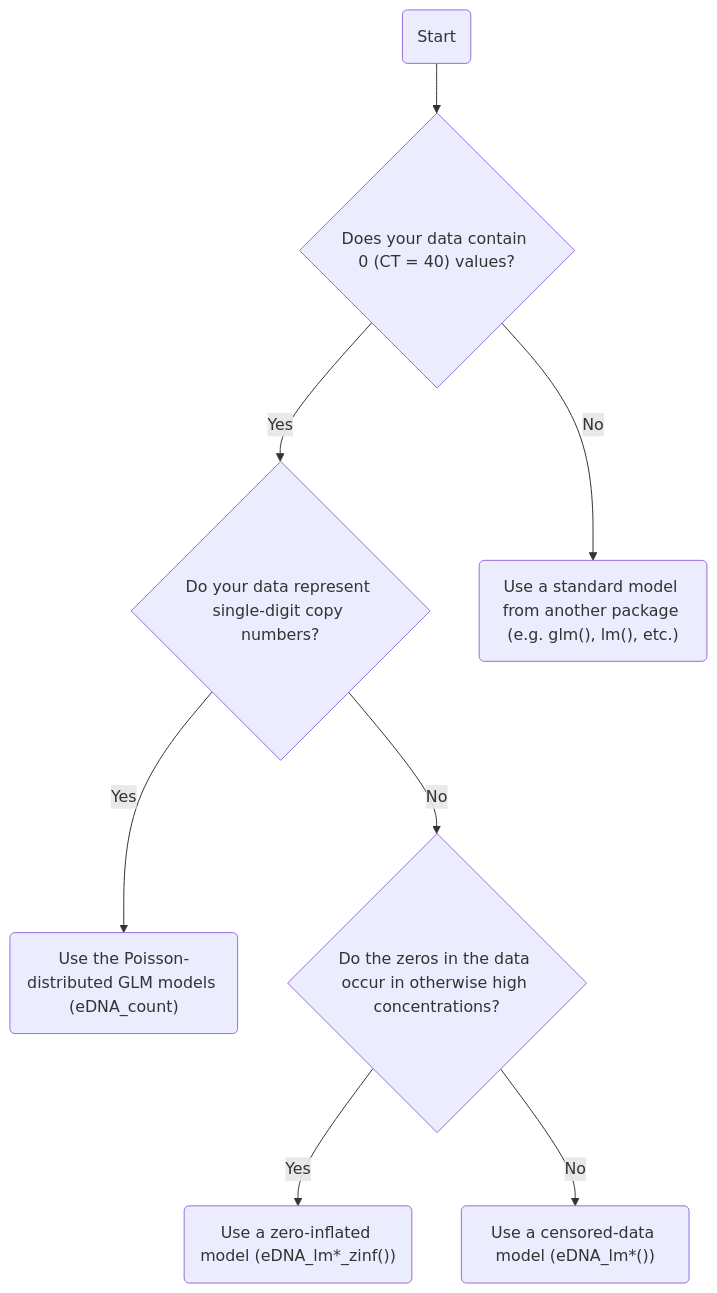
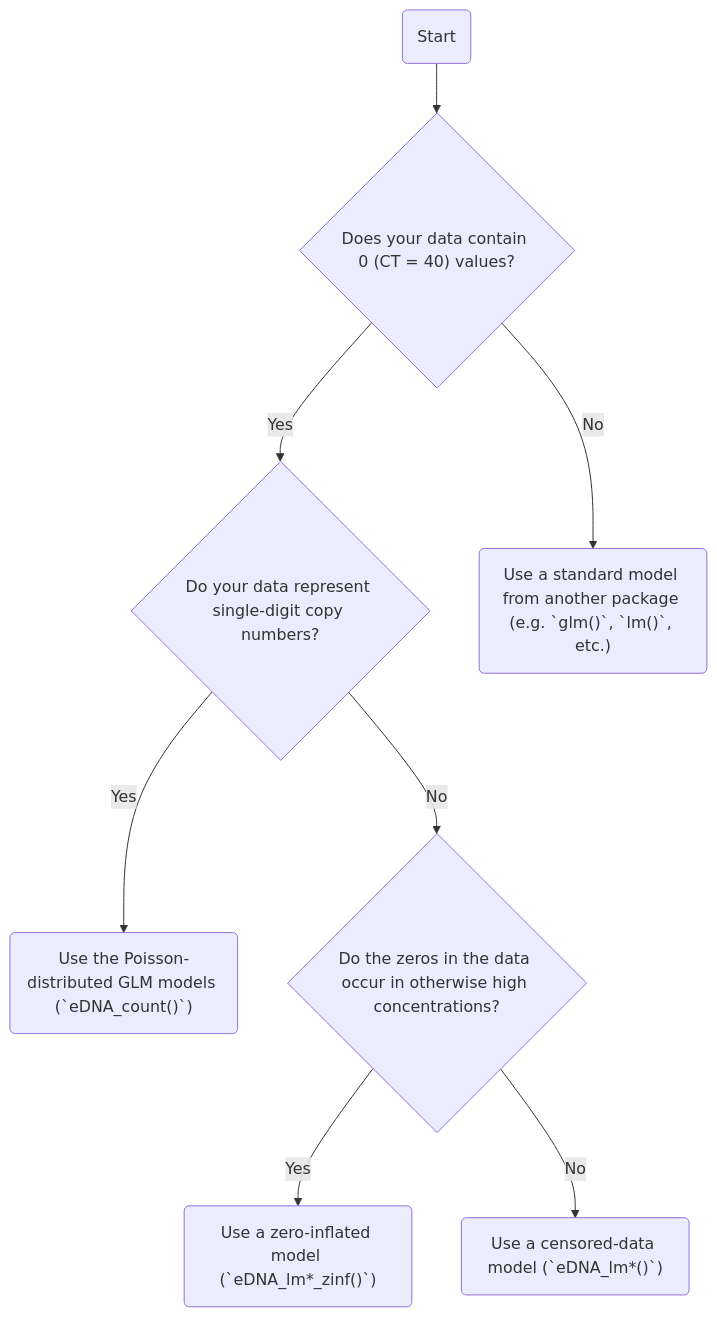
The diagram in vignettes/flowchart.md (fishsciences/artemis), drawn with Mermaid before and after one commit.

Commit message:
Update with markdown.

````diff
--- a/vignettes/flowchart.md
+++ b/vignettes/flowchart.md
@@ -1,11 +1,11 @@
 ```mermaid
 graph TD;
   A(Start) --> B{"Does your data contain 0 (CT = 40) values?"};
   B -->|Yes| C{"Do your data represent single-digit copy numbers?"};
-  B -->|No| D("Use a standard model from another package (e.g. glm(), lm(), etc.)");
-  C -->|Yes| E("Use the Poisson-distributed GLM models (eDNA_count)");
+  B -->|No| D("Use a standard model from another package (e.g. `glm()`, `lm()`, etc.)");
+  C -->|Yes| E("Use the Poisson-distributed GLM models (`eDNA_count()`)");
   C -->|No| F{"Do the zeros in the data occur in otherwise high concentrations?"};
-  F -->|Yes| G("Use a zero-inflated model (eDNA_lm*_zinf())");
-  F -->|No| H("Use a censored-data model (eDNA_lm*())");
+  F -->|Yes| G("Use a zero-inflated model (`eDNA_lm*_zinf()`)");
+  F -->|No| H("Use a censored-data model (`eDNA_lm*()`)");
   
 ```
````
